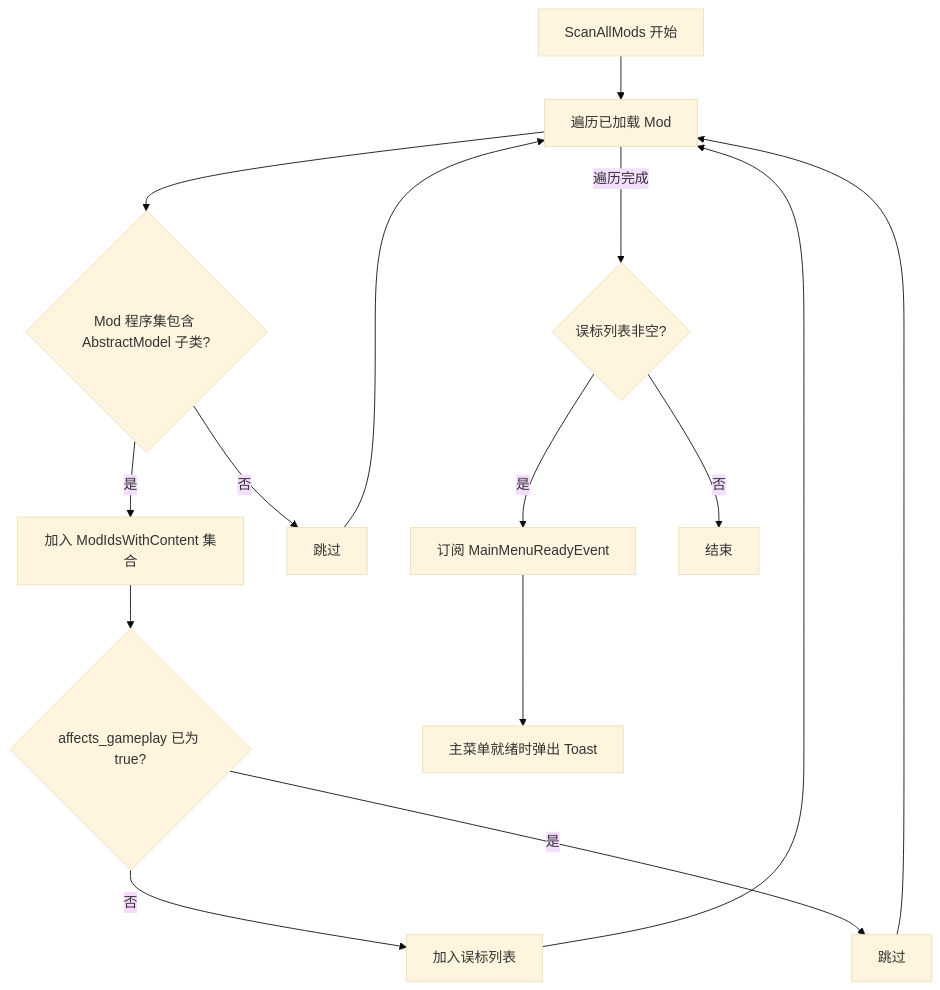
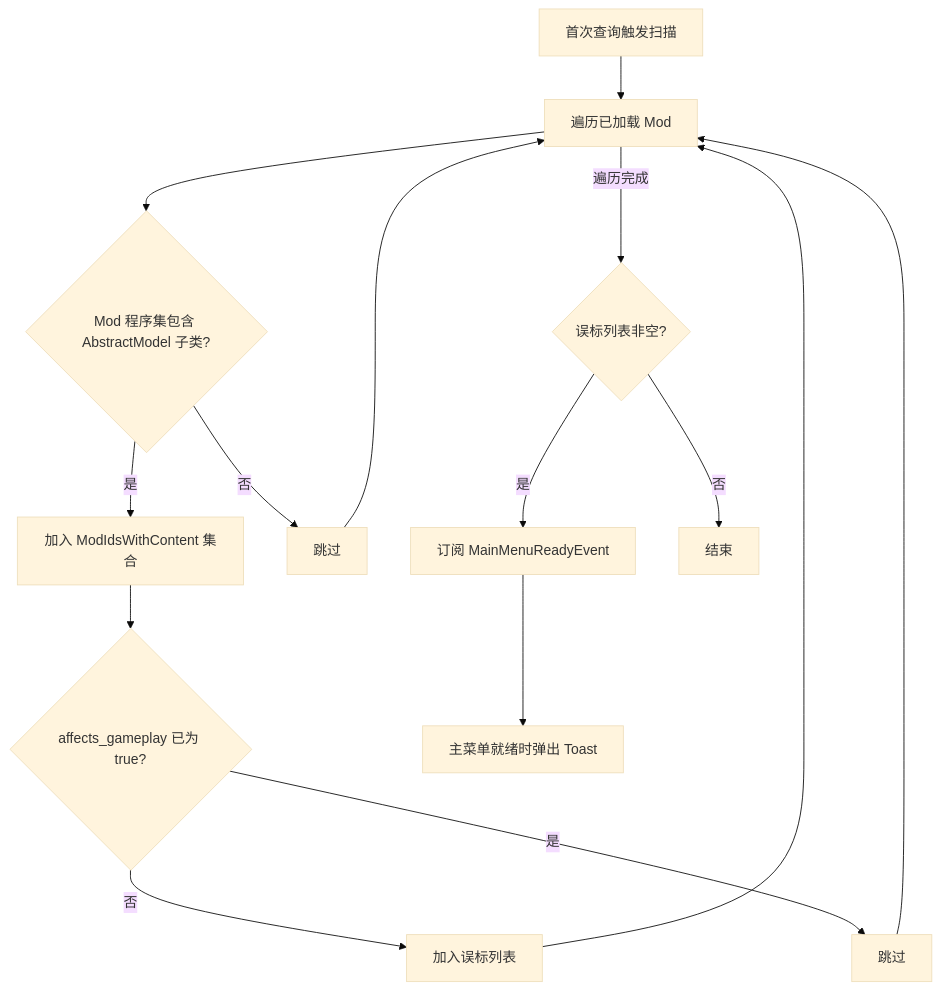
One commit to xiting910/RespectAffectsGameplay changed the second of 2 diagrams in README.md. Above: the diagram before and after it, drawn with Mermaid (base theme). The commit also changed other lines of this file and 4 other files, not shown here.

````diff
--- a/README.md
+++ b/README.md
@@ -204,17 +204,17 @@
 ```mermaid
 flowchart TD
-    A[ScanAllMods 开始] --> B[遍历已加载 Mod]
+    A[首次查询触发扫描] --> B[遍历已加载 Mod]
     B --> C{Mod 程序集包含 AbstractModel 子类?}
     C -->|是| D[加入 ModIdsWithContent 集合]
     C -->|否| E[跳过]
     D --> F{affects_gameplay 已为 true?}
     F -->|否| G[加入误标列表]
     F -->|是| H[跳过]
     G --> B
     H --> B
     E --> B
     B -->|遍历完成| I{误标列表非空?}
     I -->|是| J[订阅 MainMenuReadyEvent]
     I -->|否| K[结束]
     J --> L[主菜单就绪时弹出 Toast]
 ```
````
